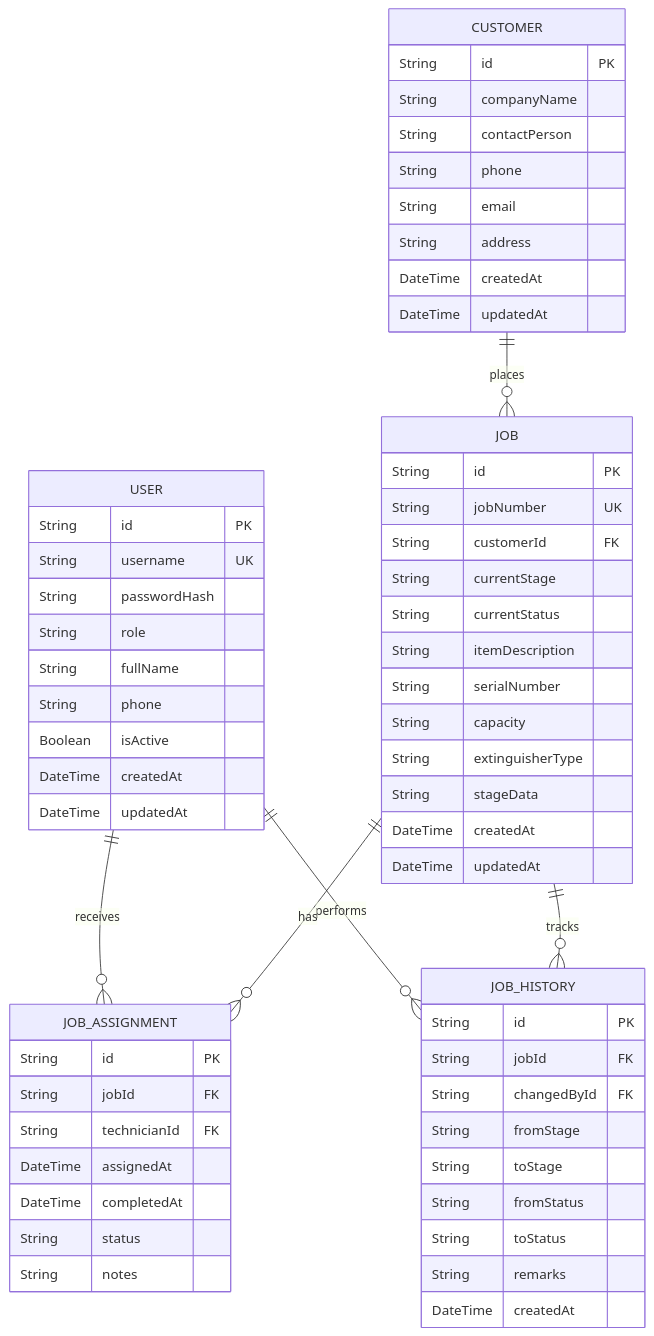
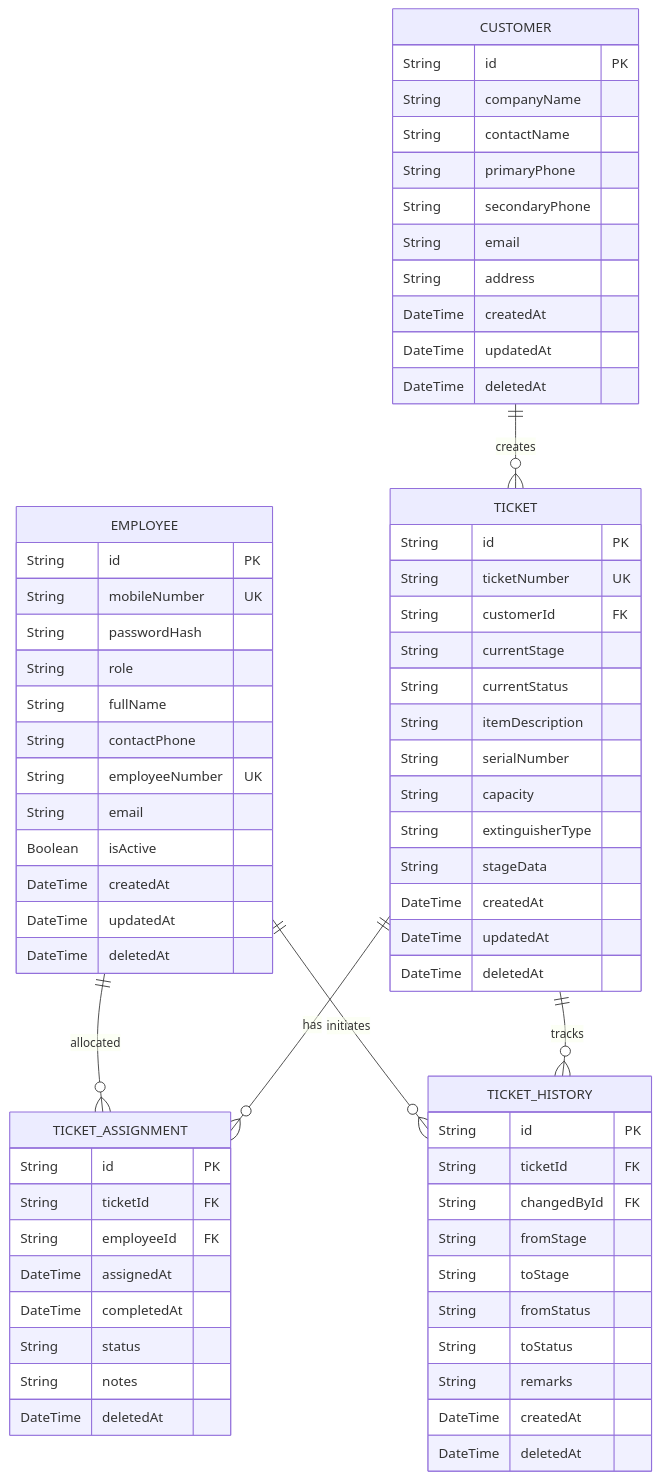
The second of 2 diagrams in docs/system_architecture.md (Devaprem1996/EMS), drawn with Mermaid before and after one commit. The commit also changed other lines of this file and 38 other files, not shown here.

First line of the commit message:
feat: complete ticket lifecycle automation + schema documentation

````diff
--- a/docs/system_architecture.md
+++ b/docs/system_architecture.md
@@ -50,64 +50,72 @@
 ```mermaid
 erDiagram
-    USER {
+    EMPLOYEE {
         String id PK
-        String username UK
+        String mobileNumber UK
         String passwordHash
         String role
         String fullName
-        String phone
+        String contactPhone
+        String employeeNumber UK
+        String email
         Boolean isActive
         DateTime createdAt
         DateTime updatedAt
+        DateTime deletedAt
     }
     CUSTOMER {
         String id PK
         String companyName
-        String contactPerson
-        String phone
+        String contactName
+        String primaryPhone
+        String secondaryPhone
         String email
         String address
         DateTime createdAt
         DateTime updatedAt
+        DateTime deletedAt
     }
-    JOB {
+    TICKET {
         String id PK
-        String jobNumber UK
+        String ticketNumber UK
         String customerId FK
         String currentStage
         String currentStatus
         String itemDescription
         String serialNumber
         String capacity
         String extinguisherType
         String stageData
         DateTime createdAt
         DateTime updatedAt
+        DateTime deletedAt
     }
-    JOB_ASSIGNMENT {
+    TICKET_ASSIGNMENT {
         String id PK
-        String jobId FK
-        String technicianId FK
+        String ticketId FK
+        String employeeId FK
         DateTime assignedAt
         DateTime completedAt
         String status
         String notes
+        DateTime deletedAt
     }
-    JOB_HISTORY {
+    TICKET_HISTORY {
         String id PK
-        String jobId FK
+        String ticketId FK
         String changedById FK
         String fromStage
         String toStage
         String fromStatus
         String toStatus
         String remarks
         DateTime createdAt
+        DateTime deletedAt
     }
 
-    USER ||--o{ JOB_ASSIGNMENT : "receives"
-    USER ||--o{ JOB_HISTORY : "performs"
-    CUSTOMER ||--o{ JOB : "places"
-    JOB ||--o{ JOB_ASSIGNMENT : "has"
-    JOB ||--o{ JOB_HISTORY : "tracks"
+    EMPLOYEE ||--o{ TICKET_ASSIGNMENT : "allocated"
+    EMPLOYEE ||--o{ TICKET_HISTORY : "initiates"
+    CUSTOMER ||--o{ TICKET : "creates"
+    TICKET ||--o{ TICKET_ASSIGNMENT : "has"
+    TICKET ||--o{ TICKET_HISTORY : "tracks"
 ```
````
